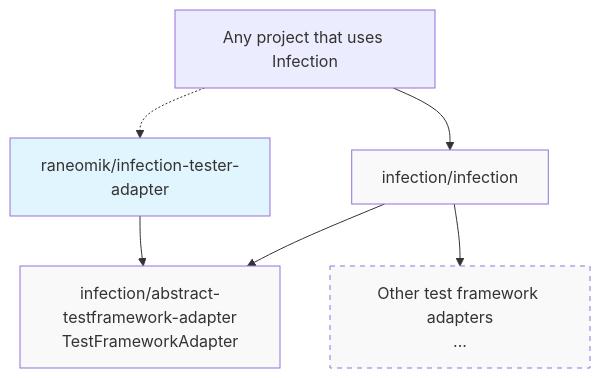
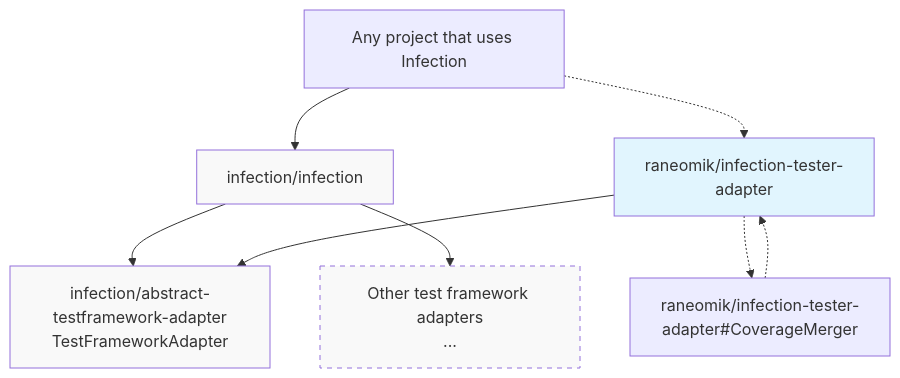
Before and after one commit to raneomik/infection-tester-adapter: the diagram in docs/test-framework-adapter.mmd, drawn with Mermaid. The commit also changed 5 other files, not shown here.

Commit message:
ga & readme & doc schema updates

```diff
--- a/docs/test-framework-adapter.mmd
+++ b/docs/test-framework-adapter.mmd
@@ -1,17 +1,20 @@
 graph TB
     Project["Any project that uses Infection"]
     Adapter["raneomik/infection-tester-adapter"]
+    Formatter["raneomik/infection-tester-adapter#CoverageMerger"]
     Infection["infection/infection"]
     AbstractAdapter["infection/abstract-testframework-adapter<br/>TestFrameworkAdapter"]
     OtherAdapters["Other test framework adapters<br/>..."]
 
     Project --> Infection
     Project -.-> Adapter
+    Adapter -.-> Formatter
+    Formatter -.-> Adapter
     Infection --> AbstractAdapter
     Infection --> OtherAdapters
     Adapter --> AbstractAdapter
 
     style Adapter fill:#e1f5fe
     style AbstractAdapter fill:#f9f9f9
     style Infection fill:#f9f9f9
     style OtherAdapters fill:#f9f9f9,stroke-dasharray: 5 5
```
